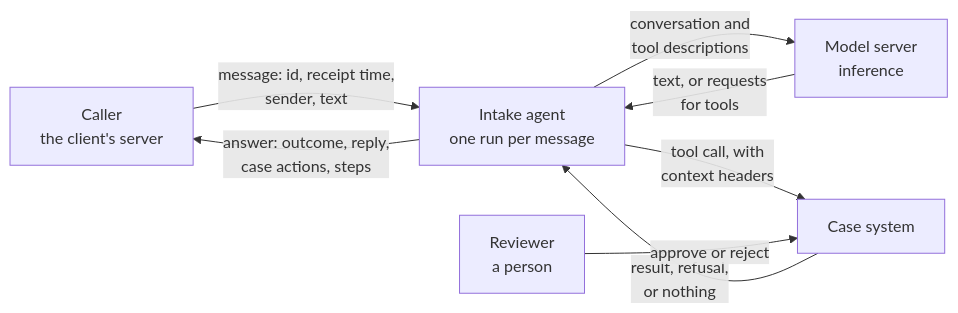
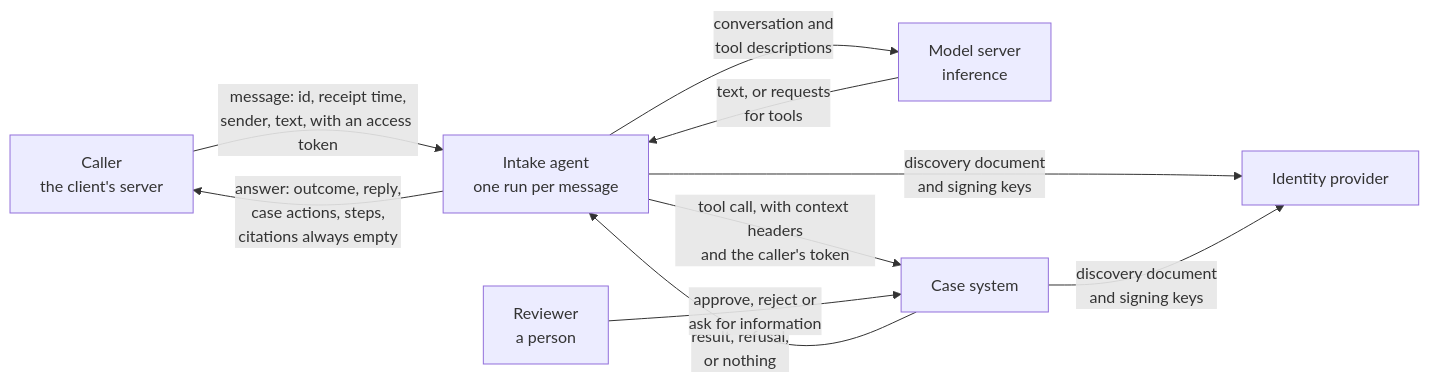
Before and after one commit to AndrewPHunter/ai-on-aws: the first of 3 diagrams in docs/architecture/intake-agent-as-actor.md, drawn with Mermaid. The commit also changed other lines of this file and 17 other files, not shown here.

````diff
--- a/docs/architecture/intake-agent-as-actor.md
+++ b/docs/architecture/intake-agent-as-actor.md
@@ -19,16 +19,19 @@
 ```mermaid
 flowchart LR
     Caller["Caller<br/>the client's server"]
     Agent["Intake agent<br/>one run per message"]
     Model["Model server<br/>inference"]
     Cases["Case system"]
+    Identity["Identity provider"]
     Reviewer["Reviewer<br/>a person"]
 
-    Caller -->|"message: id, receipt time,<br/>sender, text"| Agent
-    Agent -->|"answer: outcome, reply,<br/>case actions, steps"| Caller
+    Caller -->|"message: id, receipt time,<br/>sender, text, with an access token"| Agent
+    Agent -->|"answer: outcome, reply,<br/>case actions, steps,<br/>citations always empty"| Caller
     Agent -->|"conversation and<br/>tool descriptions"| Model
     Model -->|"text, or requests<br/>for tools"| Agent
-    Agent -->|"tool call, with<br/>context headers"| Cases
+    Agent -->|"tool call, with context headers<br/>and the caller's token"| Cases
     Cases -->|"result, refusal,<br/>or nothing"| Agent
-    Reviewer -->|"approve or reject"| Cases
+    Agent -->|"discovery document<br/>and signing keys"| Identity
+    Cases -->|"discovery document<br/>and signing keys"| Identity
+    Reviewer -->|"approve, reject or<br/>ask for information"| Cases
 ```
````
